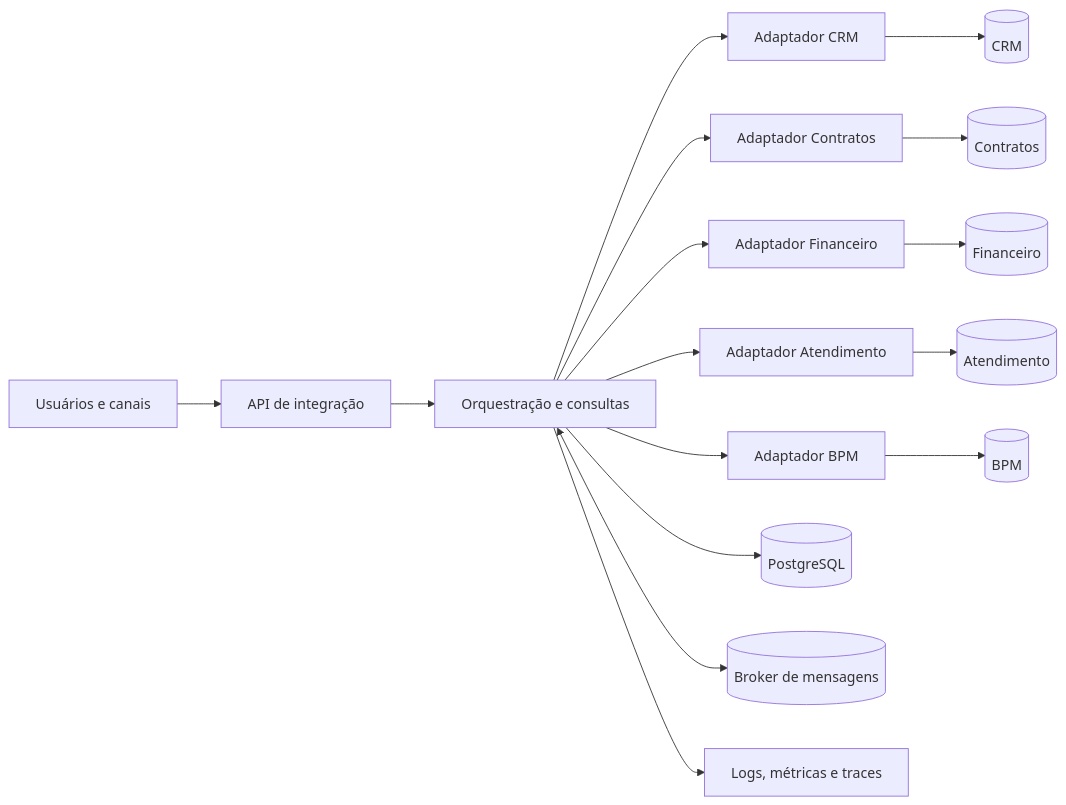
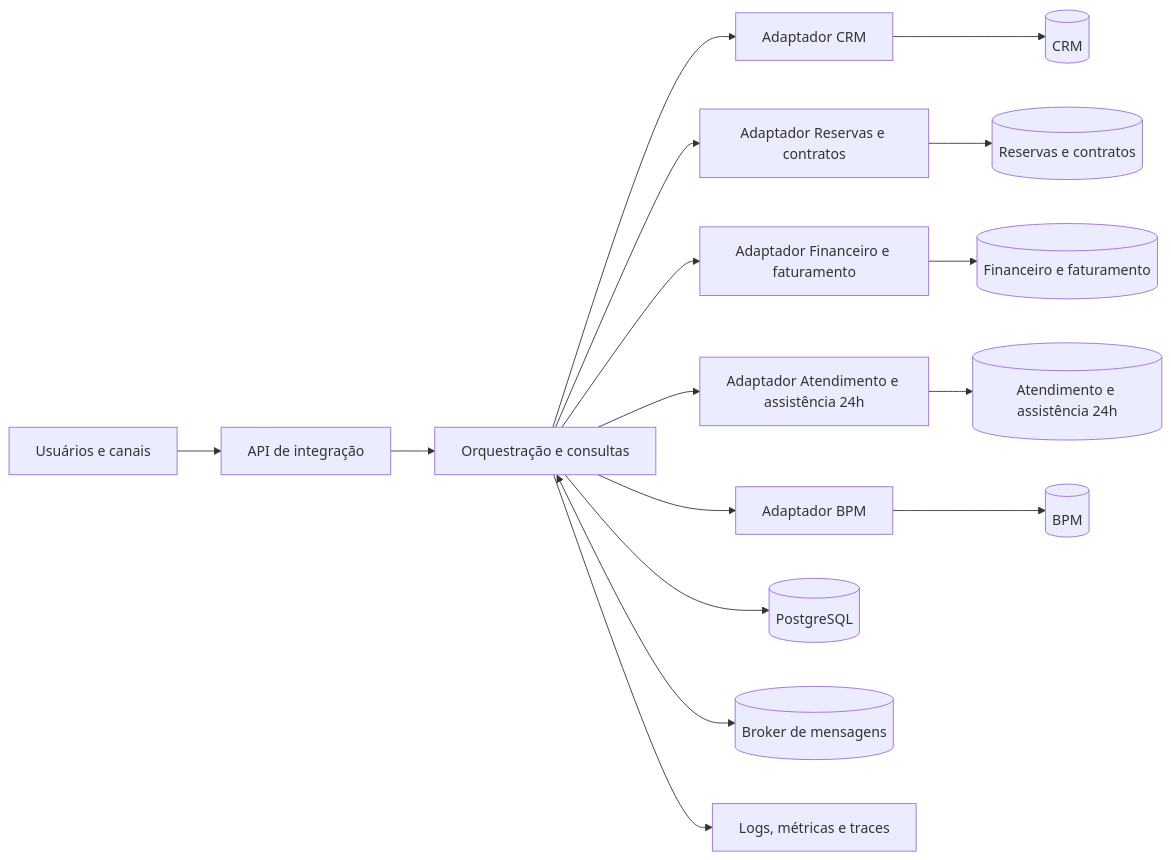
One commit to Roger-Quinelato/projetoAplicado7 changed the diagram in PLANO_IMPLEMENTACAO_CENARIO_4.md. Above: the diagram before and after it, drawn with Mermaid. The commit also changed other lines of this file and 70 other files, not shown here.

````diff
--- a/PLANO_IMPLEMENTACAO_CENARIO_4.md
+++ b/PLANO_IMPLEMENTACAO_CENARIO_4.md
@@ -93,21 +95,21 @@
 ```mermaid
 flowchart LR
     U[Usuários e canais] --> G[API de integração]
     G --> I[Orquestração e consultas]
 
     I --> ACRM[Adaptador CRM]
-    I --> ACT[Adaptador Contratos]
-    I --> AFI[Adaptador Financeiro]
-    I --> AAT[Adaptador Atendimento]
+    I --> ACT[Adaptador Reservas e contratos]
+    I --> AFI[Adaptador Financeiro e faturamento]
+    I --> AAT[Adaptador Atendimento e assistência 24h]
     I --> ABPM[Adaptador BPM]
 
     ACRM --> CRM[(CRM)]
-    ACT --> CT[(Contratos)]
-    AFI --> FI[(Financeiro)]
-    AAT --> AT[(Atendimento)]
+    ACT --> CT[(Reservas e contratos)]
+    AFI --> FI[(Financeiro e faturamento)]
+    AAT --> AT[(Atendimento e assistência 24h)]
     ABPM --> BPM[(BPM)]
 
     I --> DB[(PostgreSQL)]
     I <--> MQ[(Broker de mensagens)]
     I --> OBS[Logs, métricas e traces]
 ```
````
